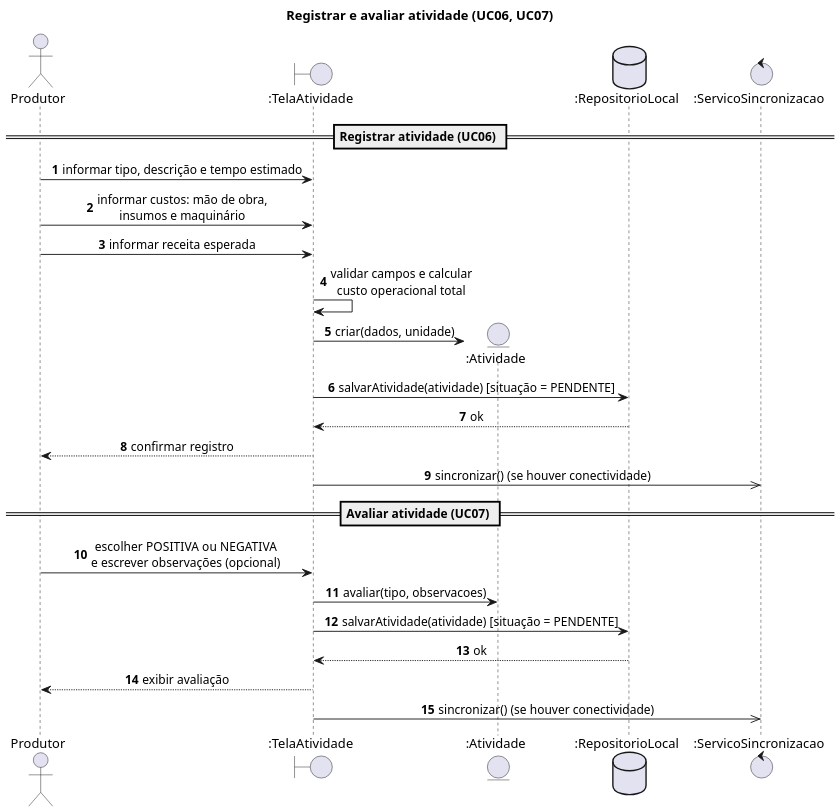
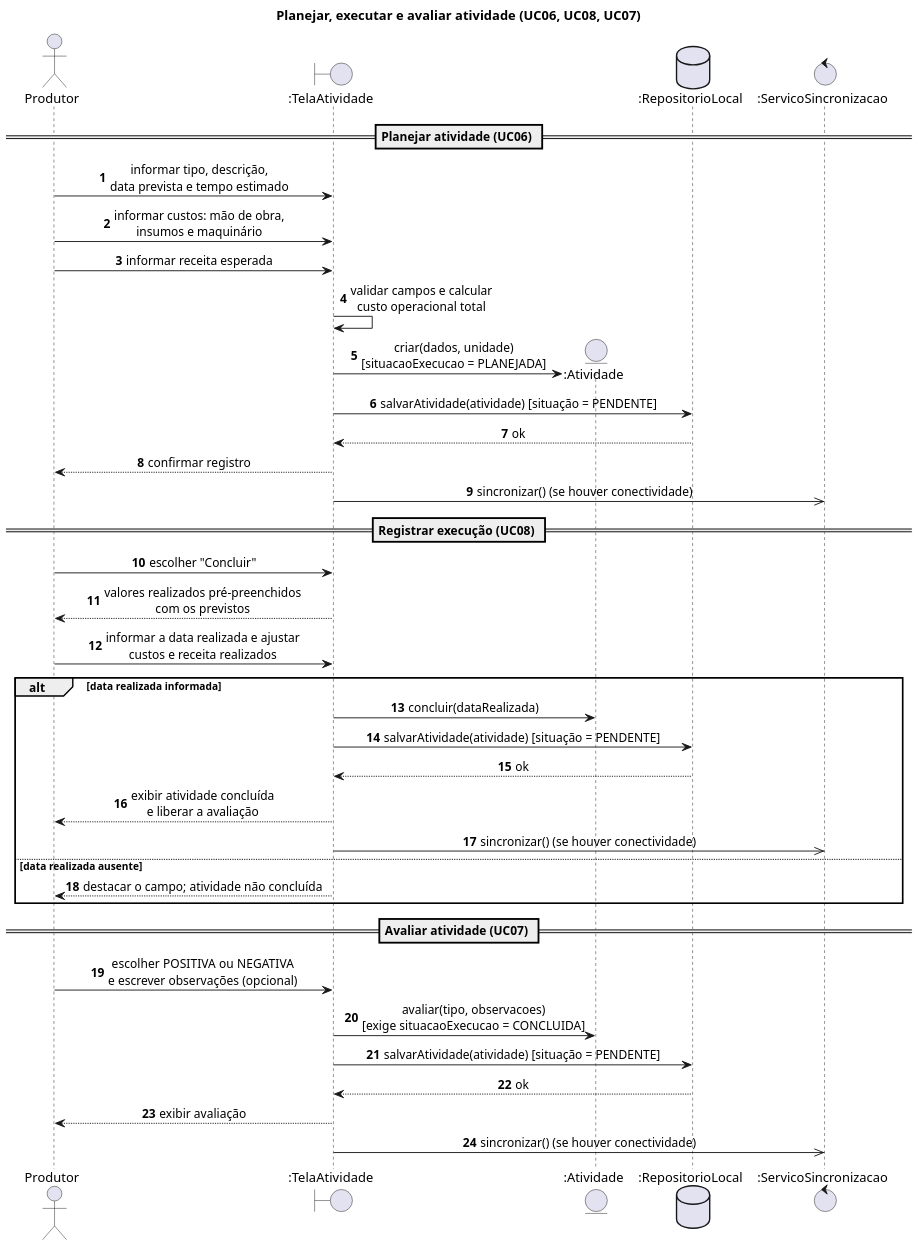
One commit to rpomar/AgroManejo changed the diagram in entrega-basica/diagramas/seq-registrar-avaliar-atividade.puml. Above: the diagram before and after it, drawn with PlantUML. The commit also changed 30 other files, not shown here.

```diff
--- a/entrega-basica/diagramas/seq-registrar-avaliar-atividade.puml
+++ b/entrega-basica/diagramas/seq-registrar-avaliar-atividade.puml
@@ -1,33 +1,47 @@
 @startuml seq-registrar-avaliar-atividade
 skinparam dpi 150
 skinparam defaultFontName Arial
 skinparam shadowing false
 skinparam sequenceMessageAlign center
 autonumber
-title Registrar e avaliar atividade (UC06, UC07)
+title Planejar, executar e avaliar atividade (UC06, UC08, UC07)
 
 actor Produtor
 boundary ":TelaAtividade" as T
 entity ":Atividade" as A
 database ":RepositorioLocal" as R
 control ":ServicoSincronizacao" as S
 
-== Registrar atividade (UC06) ==
-Produtor -> T : informar tipo, descrição e tempo estimado
+== Planejar atividade (UC06) ==
+Produtor -> T : informar tipo, descrição,\ndata prevista e tempo estimado
 Produtor -> T : informar custos: mão de obra,\ninsumos e maquinário
 Produtor -> T : informar receita esperada
 T -> T : validar campos e calcular\ncusto operacional total
-T -> A ** : criar(dados, unidade)
+T -> A ** : criar(dados, unidade)\n[situacaoExecucao = PLANEJADA]
 T -> R : salvarAtividade(atividade) [situação = PENDENTE]
 R --> T : ok
 T --> Produtor : confirmar registro
 T ->> S : sincronizar() (se houver conectividade)
 
+== Registrar execução (UC08) ==
+Produtor -> T : escolher "Concluir"
+T --> Produtor : valores realizados pré-preenchidos\ncom os previstos
+Produtor -> T : informar a data realizada e ajustar\ncustos e receita realizados
+alt data realizada informada
+  T -> A : concluir(dataRealizada)
+  T -> R : salvarAtividade(atividade) [situação = PENDENTE]
+  R --> T : ok
+  T --> Produtor : exibir atividade concluída\ne liberar a avaliação
+  T ->> S : sincronizar() (se houver conectividade)
+else data realizada ausente
+  T --> Produtor : destacar o campo; atividade não concluída
+end
+
 == Avaliar atividade (UC07) ==
 Produtor -> T : escolher POSITIVA ou NEGATIVA\ne escrever observações (opcional)
-T -> A : avaliar(tipo, observacoes)
+T -> A : avaliar(tipo, observacoes)\n[exige situacaoExecucao = CONCLUIDA]
 T -> R : salvarAtividade(atividade) [situação = PENDENTE]
 R --> T : ok
 T --> Produtor : exibir avaliação
 T ->> S : sincronizar() (se houver conectividade)
 @enduml
```
